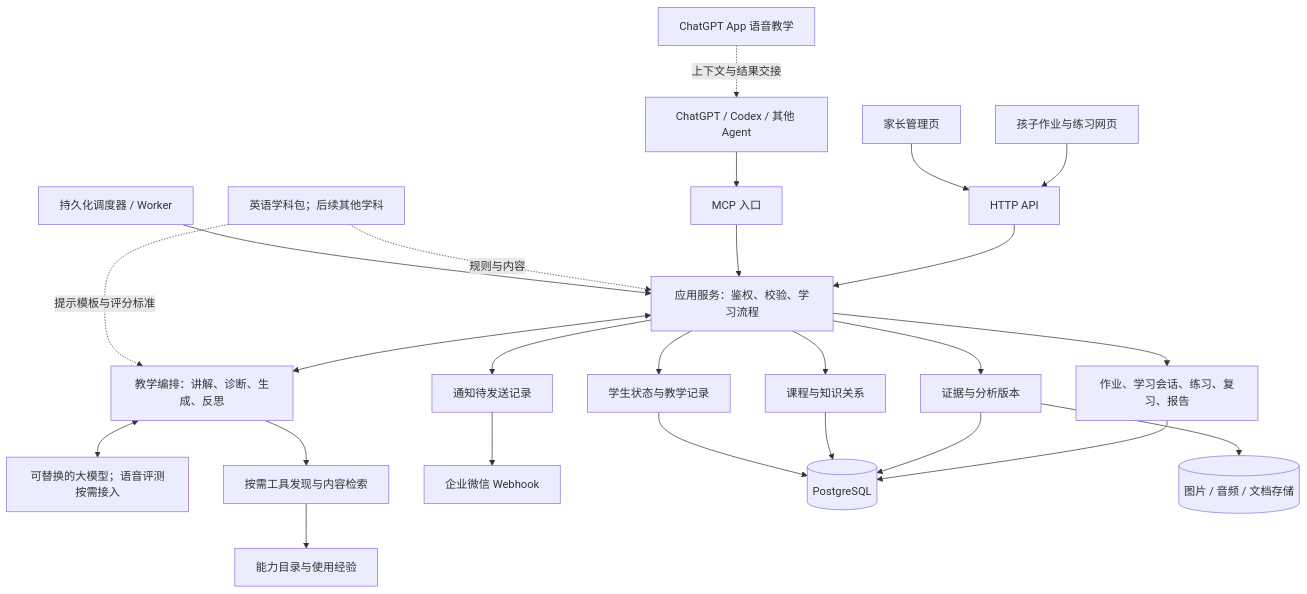
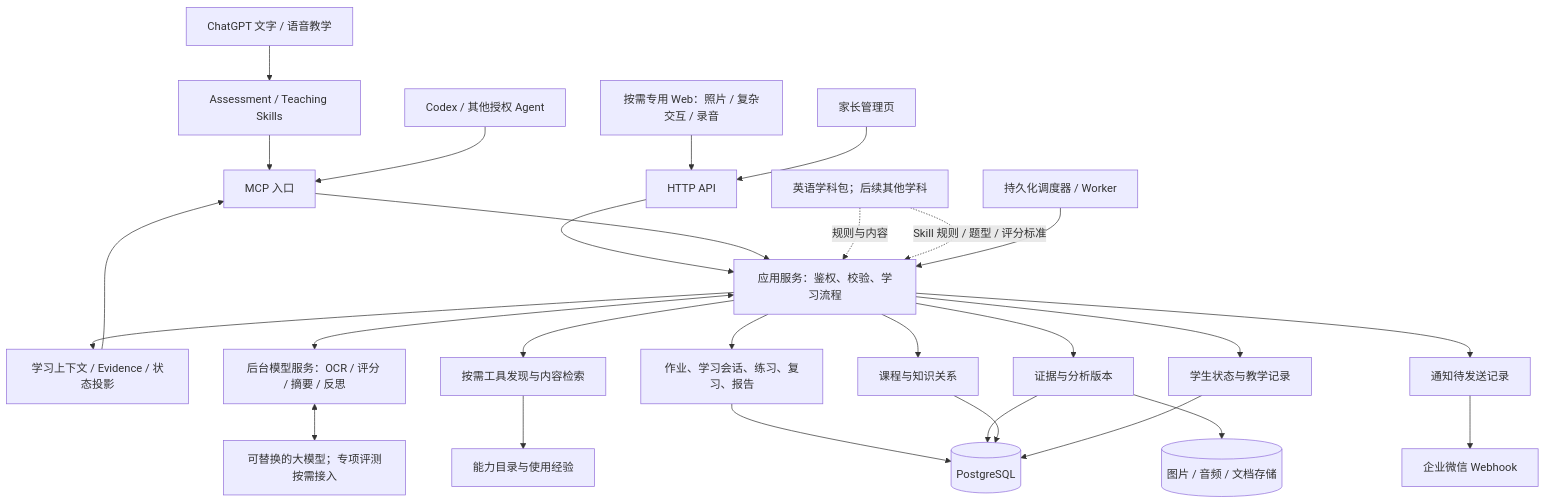
One commit to Roc-kit/Learningflow changed the diagram in docs/architecture/系统架构.md. Above: the diagram before and after it, drawn with Mermaid. The commit also changed other lines of this file and 9 other files, not shown here.

Commit message:
docs: make ChatGPT the primary learning runtime

````diff
--- a/docs/architecture/系统架构.md
+++ b/docs/architecture/系统架构.md
@@ -40,27 +40,30 @@
 ```mermaid
 flowchart TB
-    Child[孩子作业与练习网页] --> API[HTTP API]
-    Voice[ChatGPT App 语音教学] -.上下文与结果交接.-> External
+    ChatGPT[ChatGPT 文字 / 语音教学] --> Skill[Assessment / Teaching Skills]
+    Skill --> MCP[MCP 入口]
+    SpecialWeb[按需专用 Web：照片 / 复杂交互 / 录音] --> API[HTTP API]
     Parent[家长管理页] --> API
-    External[ChatGPT / Codex / 其他 Agent] --> MCP[MCP 入口]
+    External[Codex / 其他授权 Agent] --> MCP
     API --> App[应用服务：鉴权、校验、学习流程]
     MCP --> App
-    App <--> AI[教学编排：讲解、诊断、生成、反思]
-    AI <--> Models[可替换的大模型；语音评测按需接入]
-    AI --> Discovery[按需工具发现与内容检索]
+    App --> Context[学习上下文 / Evidence / 状态投影]
+    Context --> MCP
+    App <--> AI[后台模型服务：OCR / 评分 / 摘要 / 反思]
+    AI <--> Models[可替换的大模型；专项评测按需接入]
+    App --> Discovery[按需工具发现与内容检索]
     Discovery --> Memory[能力目录与使用经验]
     App --> Tasks[作业、学习会话、练习、复习、报告]
     App --> Evidence[证据与分析版本]
     App --> Knowledge[课程与知识关系]
     App --> State[学生状态与教学记录]
     Packs[英语学科包；后续其他学科] -.规则与内容.-> App
-    Packs -.提示模板与评分标准.-> AI
+    Packs -.Skill 规则 / 题型 / 评分标准.-> App
     Scheduler[持久化调度器 / Worker] --> App
     App --> Outbox[通知待发送记录]
     Outbox --> WeCom[企业微信 Webhook]
     Tasks --> DB[(PostgreSQL)]
     Evidence --> DB
     Knowledge --> DB
     State --> DB
     Evidence --> Files[(图片 / 音频 / 文档存储)]
 ```
````
